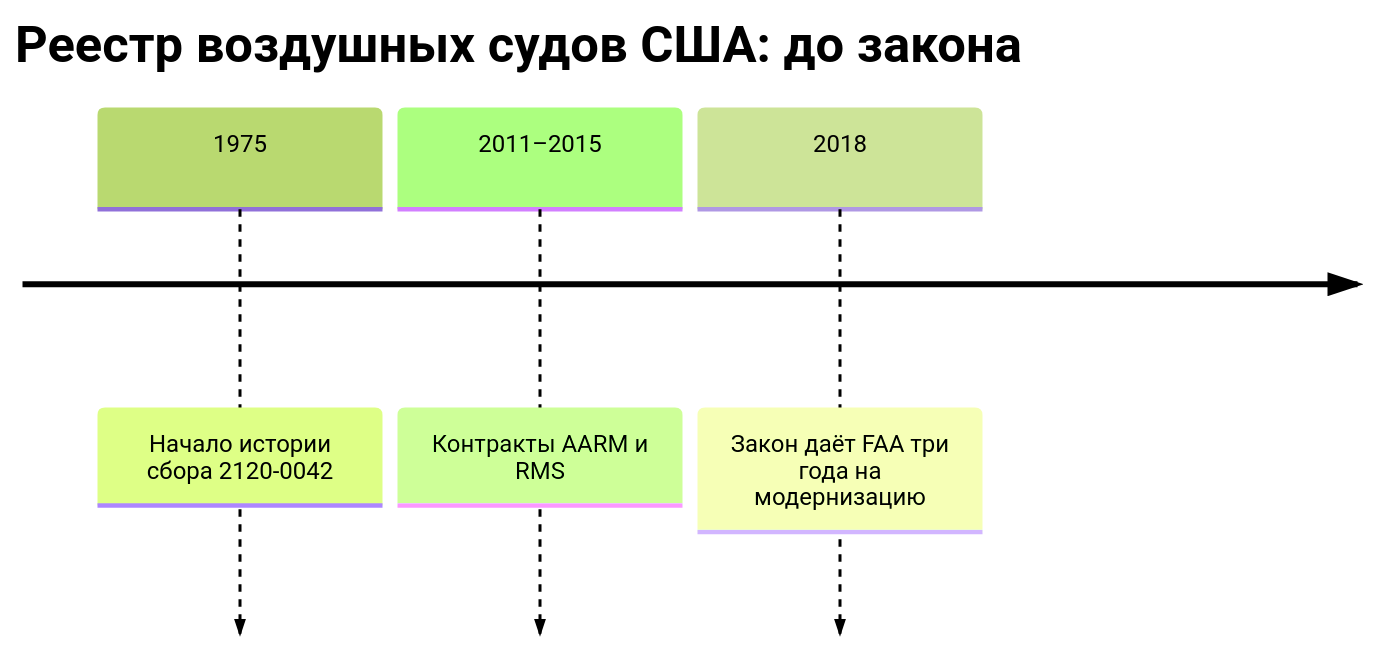
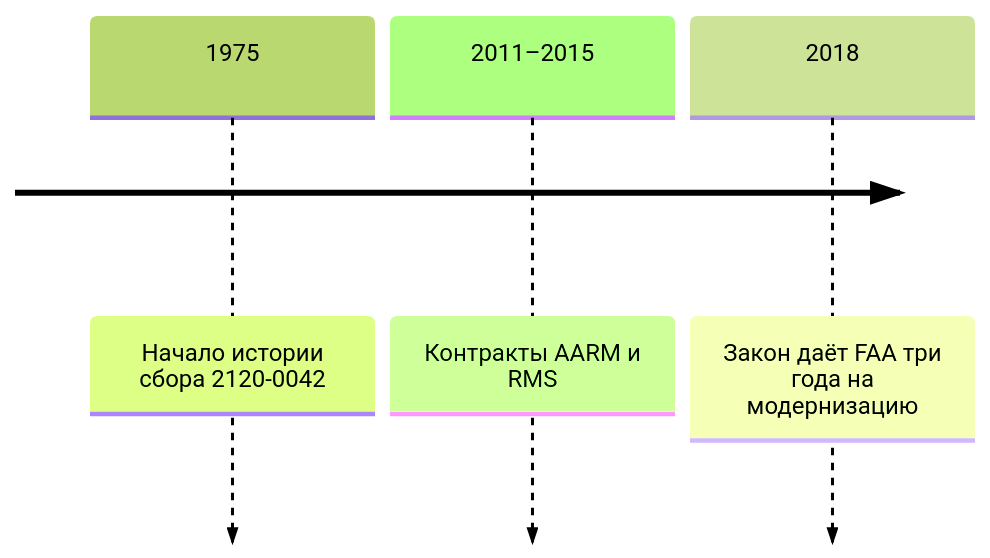
One commit to ivbeg/data-inventory changed the second of 3 diagrams in docs/04-sources/02-government.md. Above: the diagram before and after it, drawn with Mermaid (forest theme). The commit also changed other lines of this file and 34 other files, not shown here.

First line of the commit message:
Читаемая карта от продукта и единый размер схем в PDF

````diff
--- a/docs/04-sources/02-government.md
+++ b/docs/04-sources/02-government.md
@@ -212,7 +212,12 @@
 ```mermaid
+---
+config:
+  timeline:
+    leftMargin: 0
+    padding: 10
+---
 timeline
-  title Реестр воздушных судов США: до закона
   1975 : Начало истории сбора 2120-0042
   2011–2015 : Контракты AARM и RMS
   2018 : Закон даёт FAA три года на модернизацию
 ```
````
